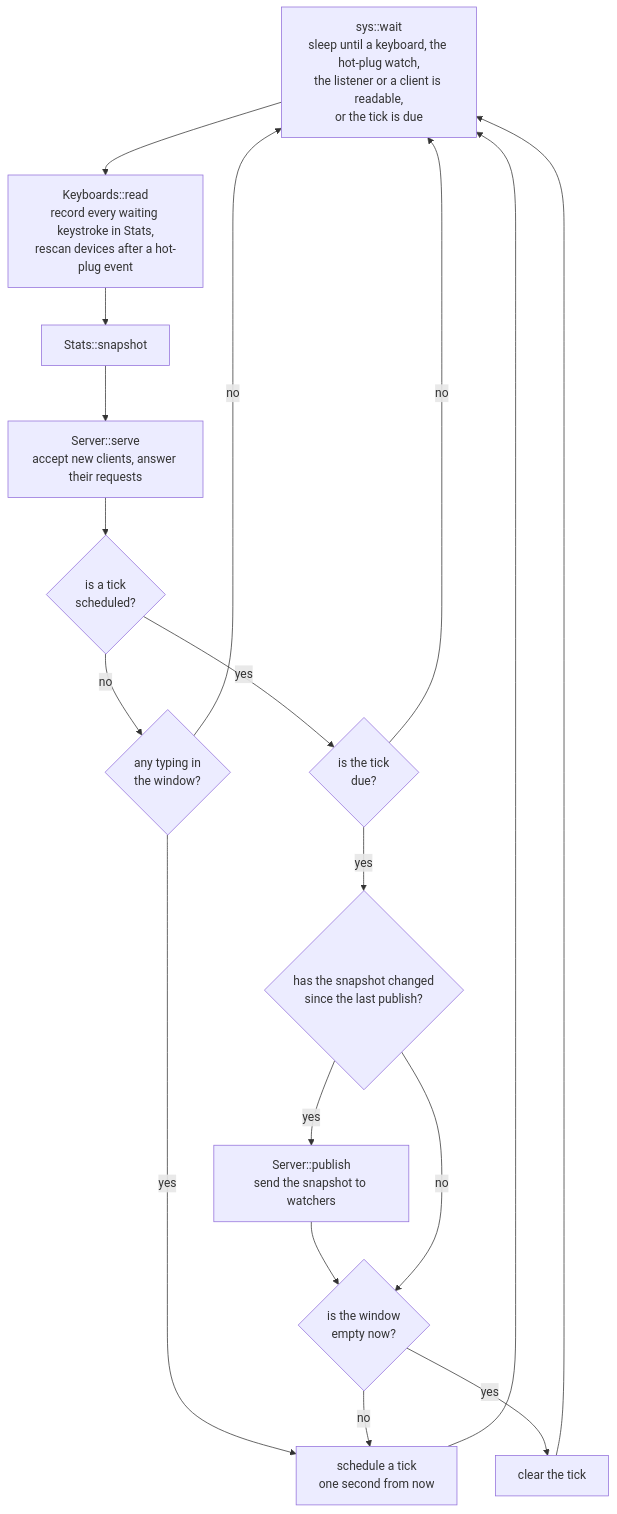
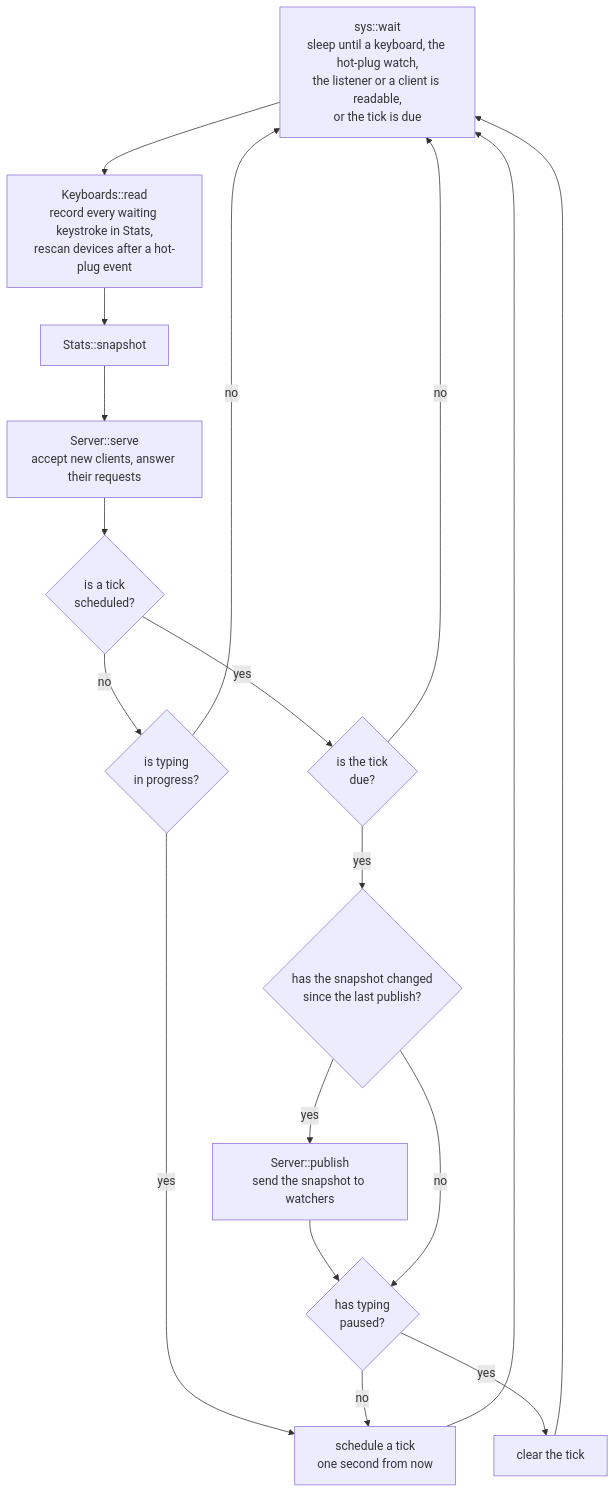
The third of 3 diagrams in docs/architecture.md (MrRooby/crusty-fingers), drawn with Mermaid before and after one commit. The commit also changed other lines of this file and 6 other files, not shown here.

````diff
--- a/docs/architecture.md
+++ b/docs/architecture.md
@@ -87,29 +87,29 @@
 ```mermaid
 flowchart TD
     wait["sys::wait<br/>sleep until a keyboard, the hot-plug watch,<br/>the listener or a client is readable,<br/>or the tick is due"]
     read["Keyboards::read<br/>record every waiting keystroke in Stats,<br/>rescan devices after a hot-plug event"]
     snap["Stats::snapshot"]
     serve["Server::serve<br/>accept new clients, answer their requests"]
     armed{"is a tick<br/>scheduled?"}
-    typing{"any typing in<br/>the window?"}
+    typing{"is typing<br/>in progress?"}
     due{"is the tick<br/>due?"}
     changed{"has the snapshot changed<br/>since the last publish?"}
     publish["Server::publish<br/>send the snapshot to watchers"]
-    idle{"is the window<br/>empty now?"}
+    idle{"has typing<br/>paused?"}
     schedule["schedule a tick<br/>one second from now"]
     clear["clear the tick"]
 
     wait --> read --> snap --> serve --> armed
     armed -->|"no"| typing
     typing -->|"yes"| schedule
     typing -->|"no"| wait
     armed -->|"yes"| due
     due -->|"no"| wait
     due -->|"yes"| changed
     changed -->|"yes"| publish --> idle
     changed -->|"no"| idle
     idle -->|"no"| schedule
     idle -->|"yes"| clear
     schedule --> wait
     clear --> wait
 ```
````
